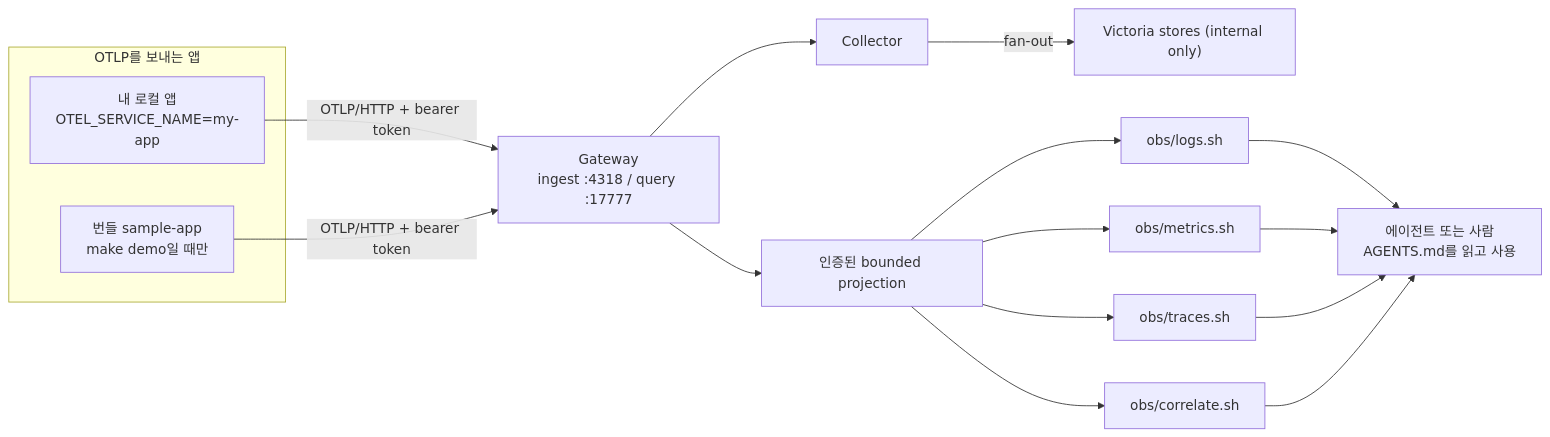
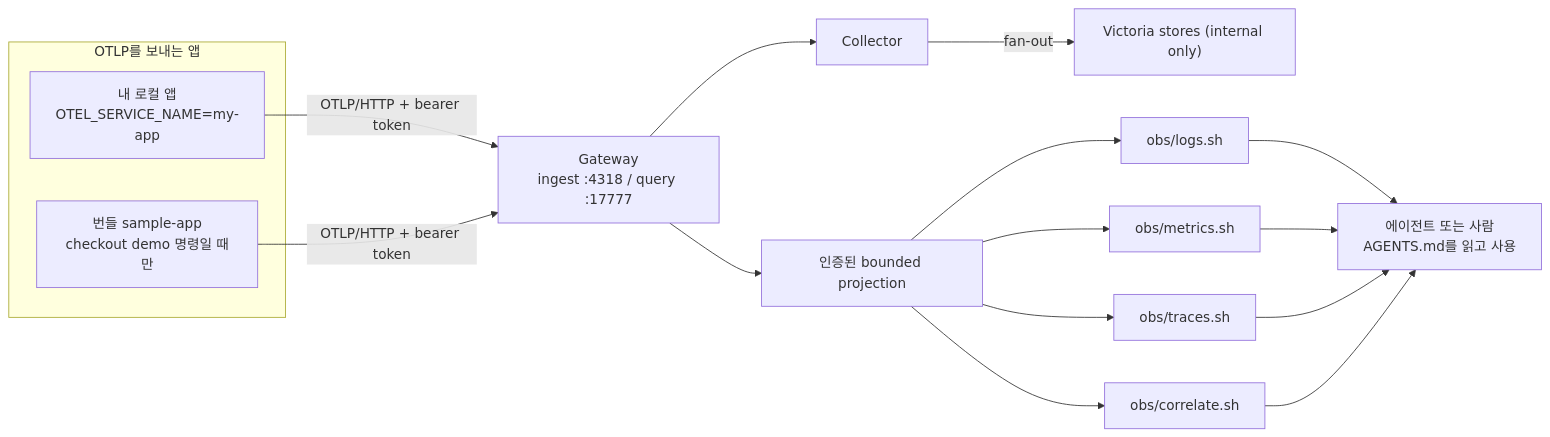
One commit to gkrtjd99/AgentOTelStack changed the third of 4 diagrams in README.md. Above: the diagram before and after it, drawn with Mermaid. The commit also changed other lines of this file and 64 other files, not shown here.

````diff
--- a/README.md
+++ b/README.md
@@ -348,25 +349,25 @@
 ```mermaid
 flowchart LR
   subgraph Apps["OTLP를 보내는 앱"]
     Own["내 로컬 앱<br/>OTEL_SERVICE_NAME=my-app"]
-    Demo["번들 sample-app<br/>make demo일 때만"]
+    Demo["번들 sample-app<br/>checkout demo 명령일 때만"]
   end
 
   Gateway["Gateway<br/>ingest :4318 / query :17777"]
 
   Own -->|"OTLP/HTTP + bearer token"| Gateway
   Demo -->|"OTLP/HTTP + bearer token"| Gateway
   Gateway --> Collector
   Collector -->|"fan-out"| Stores["Victoria stores (internal only)"]
   Gateway --> Projections["인증된 bounded projection"]
 
   Projections --> LogTool["obs/logs.sh"]
   Projections --> MetricTool["obs/metrics.sh"]
   Projections --> TraceTool["obs/traces.sh"]
   Projections --> Correlate["obs/correlate.sh"]
 
   LogTool --> Reader["에이전트 또는 사람<br/>AGENTS.md를 읽고 사용"]
   MetricTool --> Reader
   TraceTool --> Reader
   Correlate --> Reader
 ```
````
